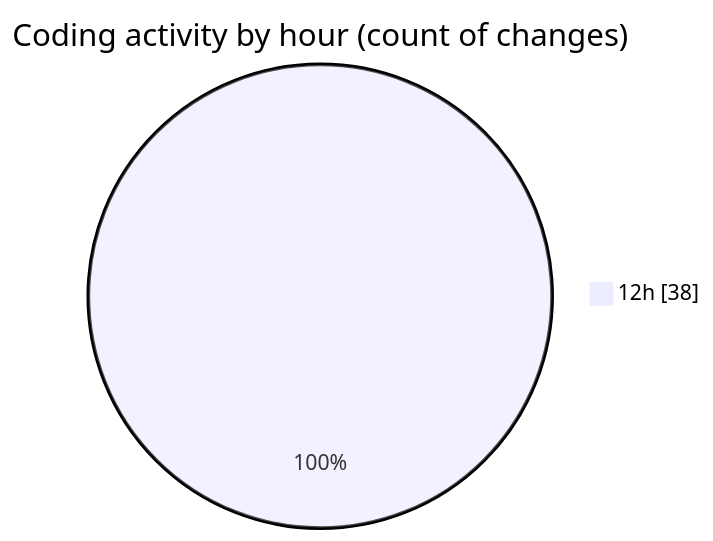
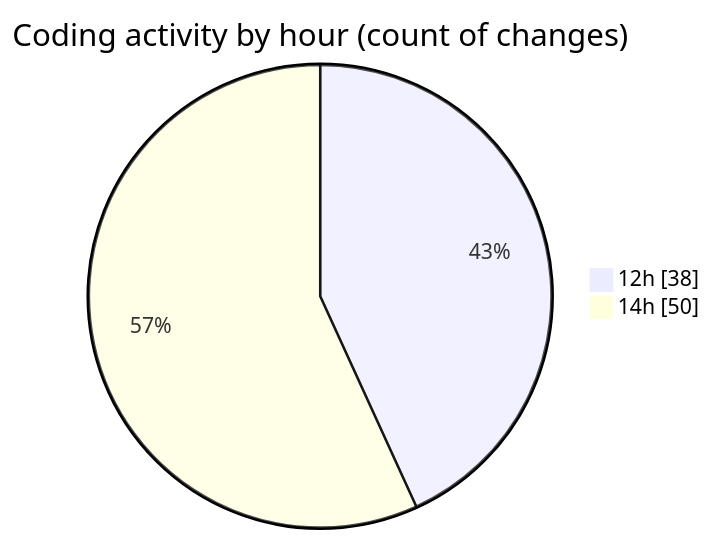
The second of 2 diagrams in 2026-07-09/nxtqube_webapp/README.md (nxtqubesakshisongat/code-tracking), drawn with Mermaid before and after one commit. The commit also changed other lines of this file and 1 other file, not shown here.

````diff
--- a/2026-07-09/nxtqube_webapp/README.md
+++ b/2026-07-09/nxtqube_webapp/README.md
@@ -38,5 +42,6 @@
 ```mermaid
 pie showData
 title Coding activity by hour (count of changes)
 "12h" : 38
+"14h" : 50
 ```
````
